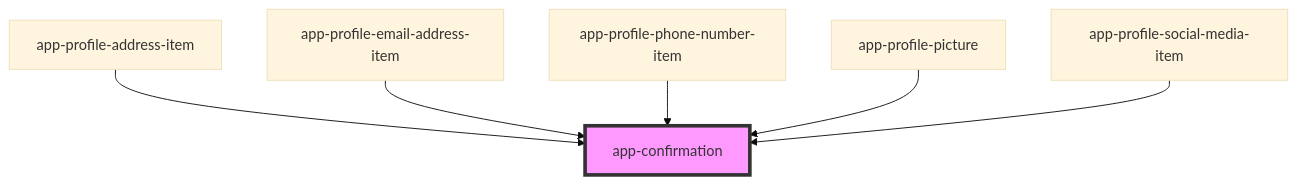
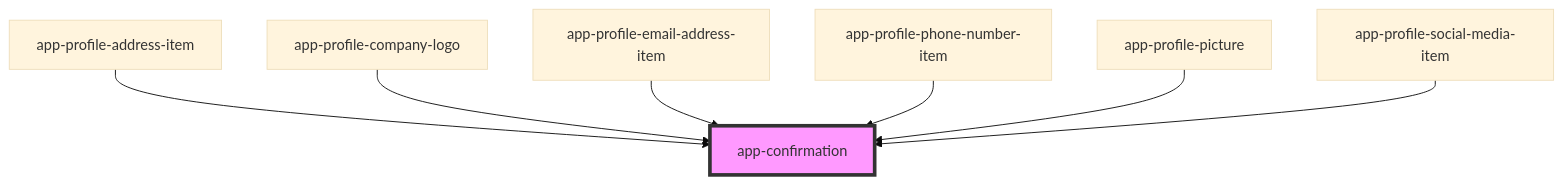
One commit to lokheed/IconEventNetwork.Web changed the diagram in iconeventnetwork-web/src/components/app-confirmation/readme.md. Above: the diagram before and after it, drawn with Mermaid (base theme). The commit also changed other lines of this file and 12 other files, not shown here.

Commit message:
US539 T696 company logo first pass

````diff
--- a/iconeventnetwork-web/src/components/app-confirmation/readme.md
+++ b/iconeventnetwork-web/src/components/app-confirmation/readme.md
@@ -36,9 +37,10 @@
 ```mermaid
 graph TD;
   app-profile-address-item --> app-confirmation
+  app-profile-company-logo --> app-confirmation
   app-profile-email-address-item --> app-confirmation
   app-profile-phone-number-item --> app-confirmation
   app-profile-picture --> app-confirmation
   app-profile-social-media-item --> app-confirmation
   style app-confirmation fill:#f9f,stroke:#333,stroke-width:4px
 ```
````
